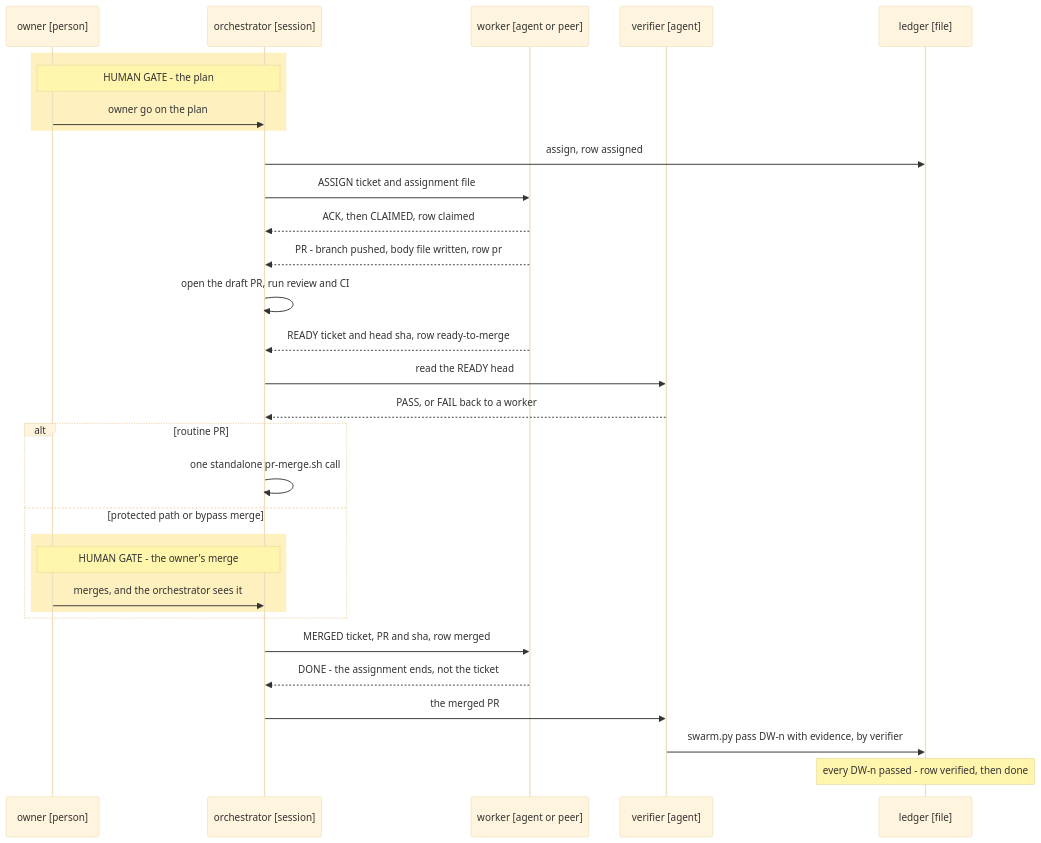
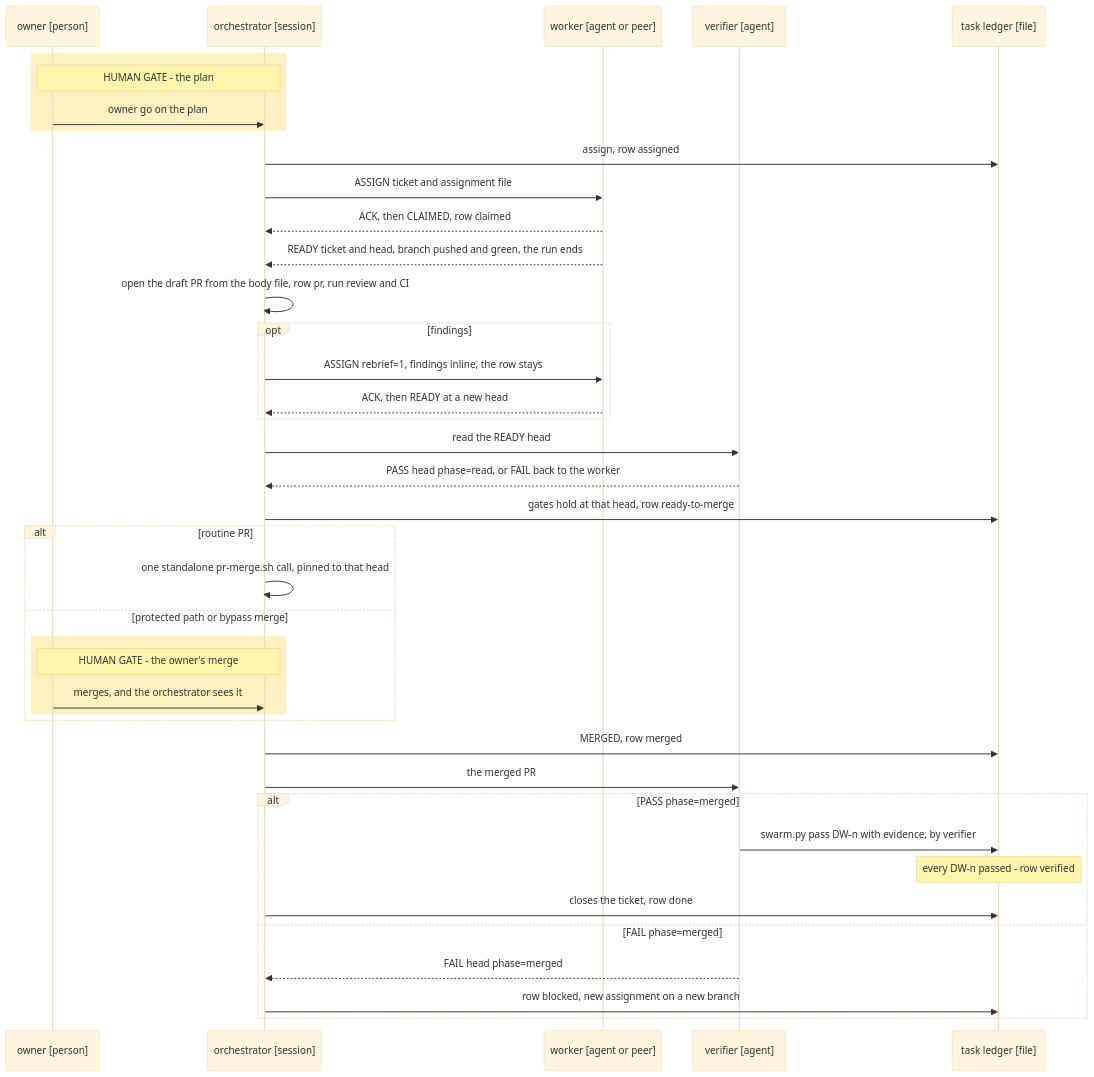
Before and after one commit to MdaaaaO/ai-baton: the diagram in docs/swarm.md, drawn with Mermaid (base theme). The commit also changed other lines of this file, not shown here.

Commit message:
docs(swarm): pin the merge, name the fallbacks and say task ledger

````diff
--- a/docs/swarm.md
+++ b/docs/swarm.md
@@ -70,34 +71,43 @@
 ```mermaid
 sequenceDiagram
   participant Own as owner [person]
   participant Orc as orchestrator [session]
   participant Wrk as worker [agent or peer]
   participant Ver as verifier [agent]
-  participant Led as ledger [file]
+  participant Led as task ledger [file]
 
   rect rgba(255, 193, 7, 0.25)
     Note over Own,Orc: HUMAN GATE - the plan
     Own->>Orc: owner go on the plan
   end
   Orc->>Led: assign, row assigned
   Orc->>Wrk: ASSIGN ticket and assignment file
   Wrk-->>Orc: ACK, then CLAIMED, row claimed
-  Wrk-->>Orc: PR - branch pushed, body file written, row pr
-  Orc->>Orc: open the draft PR, run review and CI
-  Wrk-->>Orc: READY ticket and head sha, row ready-to-merge
+  Wrk-->>Orc: READY ticket and head, branch pushed and green, the run ends
+  Orc->>Orc: open the draft PR from the body file, row pr, run review and CI
+  opt findings
+    Orc->>Wrk: ASSIGN rebrief=1, findings inline, the row stays
+    Wrk-->>Orc: ACK, then READY at a new head
+  end
   Orc->>Ver: read the READY head
-  Ver-->>Orc: PASS, or FAIL back to a worker
+  Ver-->>Orc: PASS head phase=read, or FAIL back to the worker
+  Orc->>Led: gates hold at that head, row ready-to-merge
   alt routine PR
-    Orc->>Orc: one standalone pr-merge.sh call
+    Orc->>Orc: one standalone pr-merge.sh call, pinned to that head
   else protected path or bypass merge
     rect rgba(255, 193, 7, 0.25)
       Note over Own,Orc: HUMAN GATE - the owner's merge
       Own->>Orc: merges, and the orchestrator sees it
     end
   end
-  Orc->>Wrk: MERGED ticket, PR and sha, row merged
-  Wrk-->>Orc: DONE - the assignment ends, not the ticket
+  Orc->>Led: MERGED, row merged
   Orc->>Ver: the merged PR
-  Ver->>Led: swarm.py pass DW-n with evidence, by verifier
-  Note over Led: every DW-n passed - row verified, then done
+  alt PASS phase=merged
+    Ver->>Led: swarm.py pass DW-n with evidence, by verifier
+    Note over Led: every DW-n passed - row verified
+    Orc->>Led: closes the ticket, row done
+  else FAIL phase=merged
+    Ver-->>Orc: FAIL head phase=merged
+    Orc->>Led: row blocked, new assignment on a new branch
+  end
 ```
````
